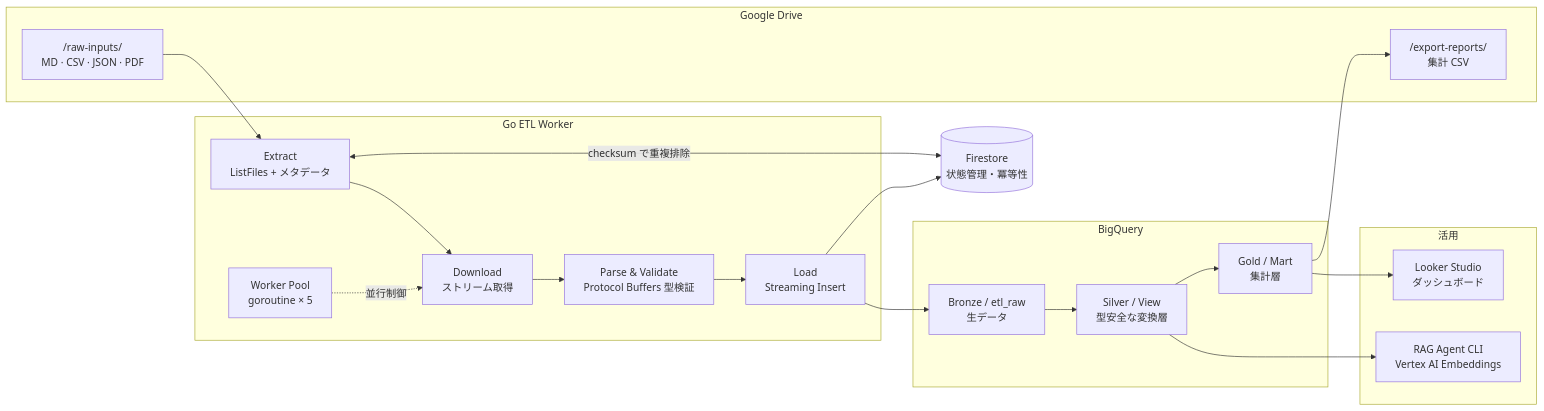
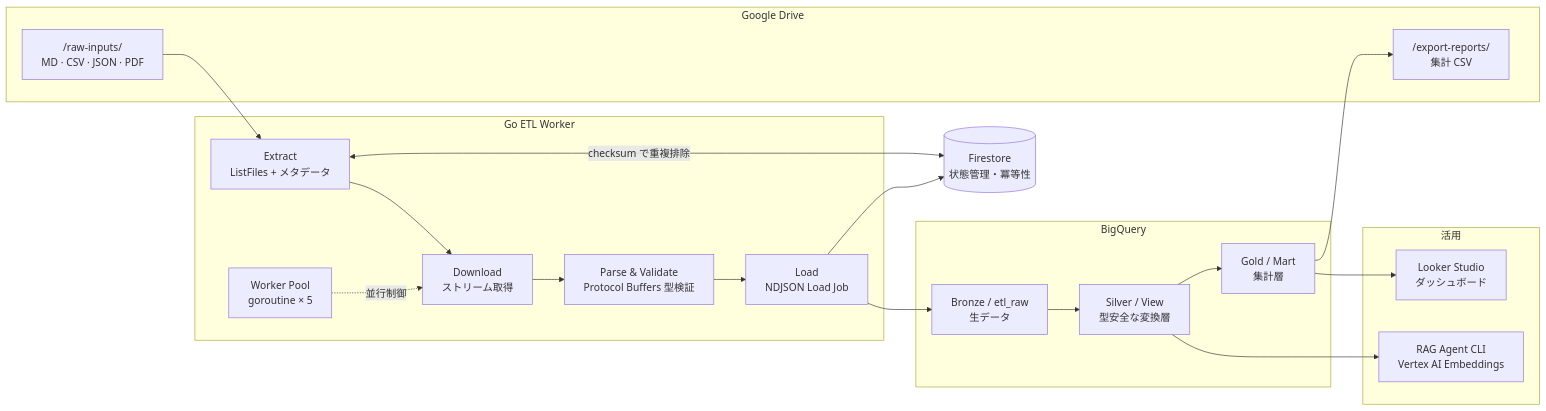
Before and after one commit to qei-2027-700/go-drive-etl: the diagram in README.md, drawn with Mermaid. The commit also changed 8 other files, not shown here.

````diff
--- a/README.md
+++ b/README.md
@@ -26,37 +26,37 @@
 ```mermaid
 flowchart LR
     subgraph SRC["Google Drive"]
         RAW["/raw-inputs/<br/>MD · CSV · JSON · PDF"]
         OUT["/export-reports/<br/>集計 CSV"]
     end
 
     subgraph GO["Go ETL Worker"]
         EX["Extract<br/>ListFiles + メタデータ"]
         DL["Download<br/>ストリーム取得"]
         PV["Parse & Validate<br/>Protocol Buffers 型検証"]
-        LD["Load<br/>Streaming Insert"]
+        LD["Load<br/>NDJSON Load Job"]
         WP["Worker Pool<br/>goroutine × 5"]
     end
 
     STATE[("Firestore<br/>状態管理・冪等性")]
 
     subgraph BQ["BigQuery"]
         BRONZE["Bronze / etl_raw<br/>生データ"]
         SILVER["Silver / View<br/>型安全な変換層"]
         GOLD["Gold / Mart<br/>集計層"]
     end
 
     subgraph CONS["活用"]
         LOOKER["Looker Studio<br/>ダッシュボード"]
         RAG["RAG Agent CLI<br/>Vertex AI Embeddings"]
     end
 
     RAW --> EX --> DL --> PV --> LD
     WP -.並行制御.-> DL
     EX <-->|checksum で重複排除| STATE
     LD --> STATE
     LD --> BRONZE --> SILVER --> GOLD
     GOLD --> OUT
     GOLD --> LOOKER
     SILVER --> RAG
 ```
````
